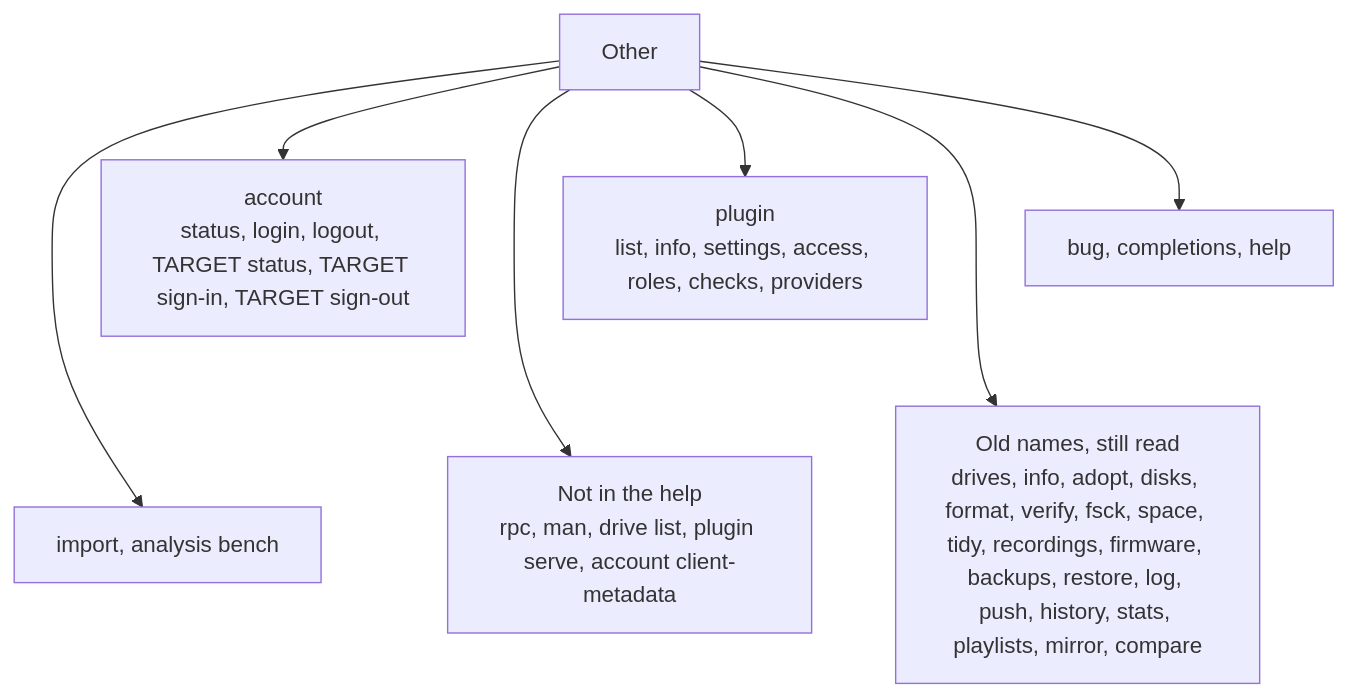
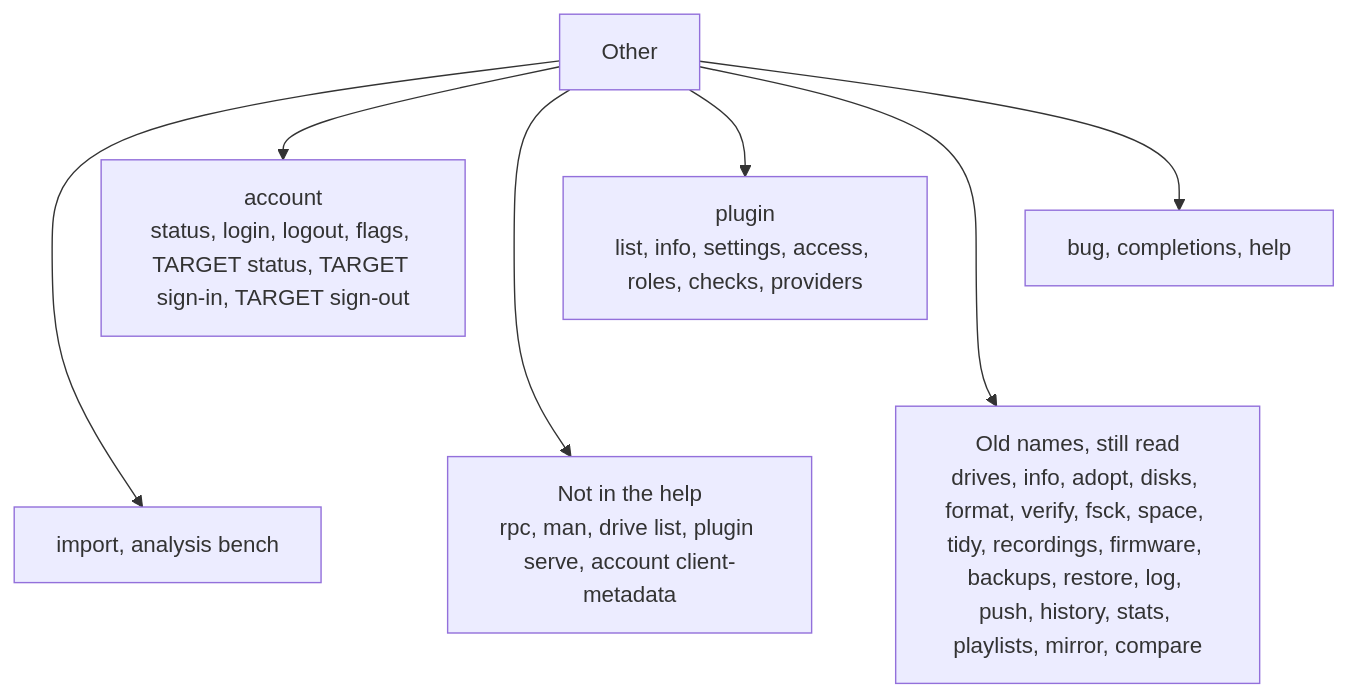
Diagram 11 of 11 in apps/locallibrary/README.md (cutenode/localnetwork), drawn with Mermaid before and after one commit. The commit also changed other lines of this file and 42 other files, not shown here.

````diff
--- a/apps/locallibrary/README.md
+++ b/apps/locallibrary/README.md
@@ -501,13 +501,13 @@
 ```mermaid
 flowchart TD
     hub["Other"]
-    hub --> account["account<br/>status, login, logout, TARGET status, TARGET sign-in, TARGET sign-out"]
+    hub --> account["account<br/>status, login, logout, flags, TARGET status, TARGET sign-in, TARGET sign-out"]
     hub --> plugin["plugin<br/>list, info, settings, access, roles, checks, providers"]
     hub --> misc["bug, completions, help"]
     hub --> more["import, analysis bench"]
     hub --> rpc["Not in the help<br/>rpc, man, drive list, plugin serve, account client-metadata"]
     hub --> moved["Old names, still read<br/>drives, info, adopt, disks, format, verify, fsck, space, tidy, recordings, firmware, backups, restore, log, push, history, stats, playlists, mirror, compare"]
     account ~~~ more
     plugin ~~~ rpc
     misc ~~~ moved
 ```
````
